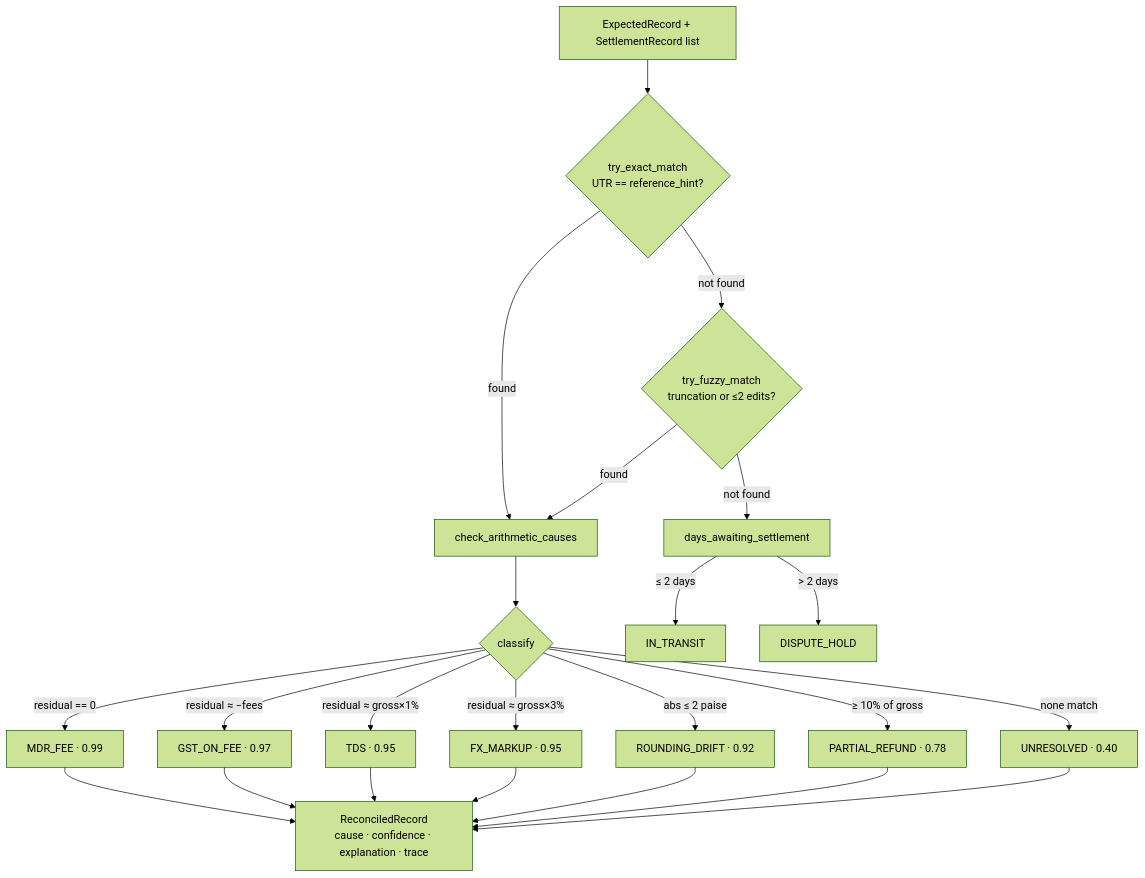
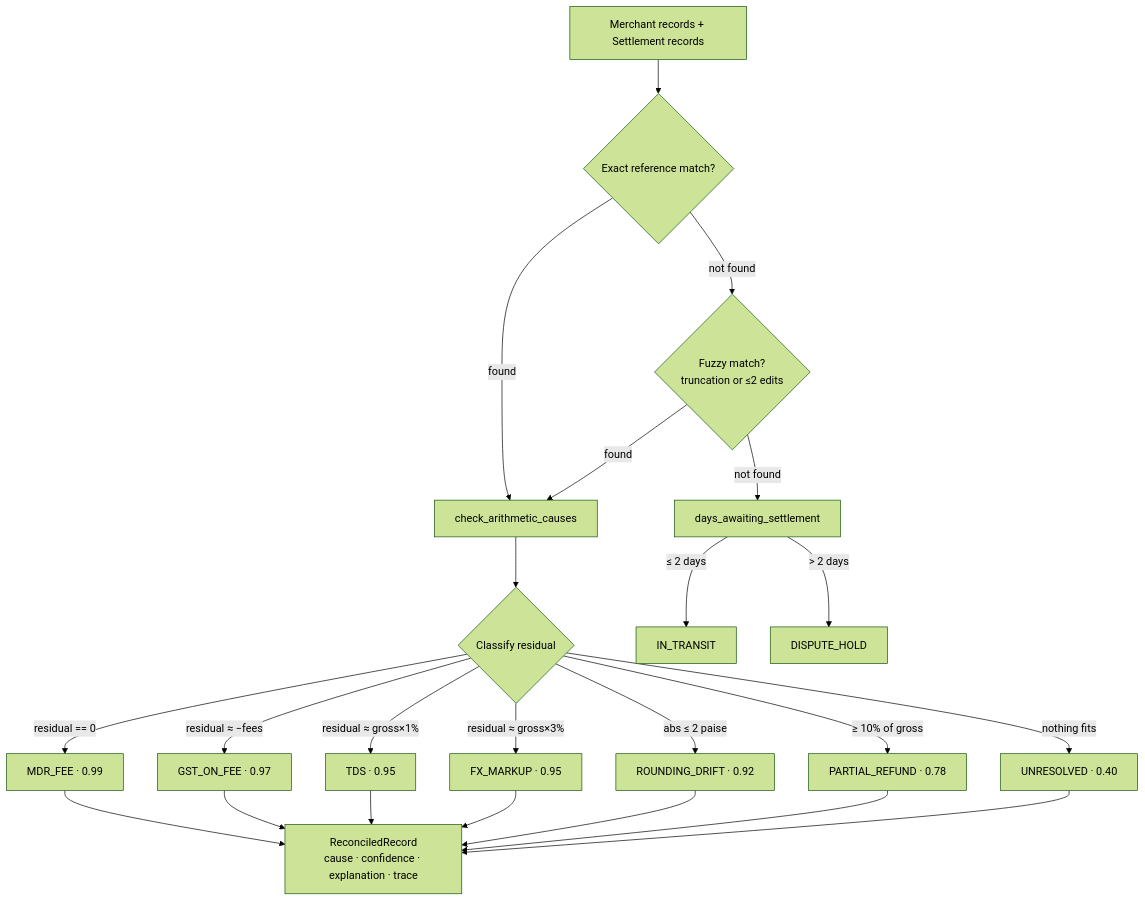
Before and after one commit to RakshithDasari/Residual_theFIN_OPS-agent: the second of 5 diagrams in README.md, drawn with Mermaid (forest theme). The commit also changed other lines of this file, not shown here.

````diff
--- a/README.md
+++ b/README.md
@@ -115,19 +122,19 @@
 ```mermaid
 flowchart TD
-    A[ExpectedRecord + SettlementRecord list] --> B{try_exact_match\nUTR == reference_hint?}
+    A[Merchant records + Settlement records] --> B{Exact reference match?}
     B -->|found| E[check_arithmetic_causes]
-    B -->|not found| C{try_fuzzy_match\ntruncation or ≤2 edits?}
+    B -->|not found| C{Fuzzy match?\ntruncation or ≤2 edits}
     C -->|found| E
     C -->|not found| D[days_awaiting_settlement]
     D -->|≤ 2 days| D1[IN_TRANSIT]
     D -->|> 2 days| D2[DISPUTE_HOLD]
-    E --> F{classify}
+    E --> F{Classify residual}
     F -->|residual == 0| G1[MDR_FEE · 0.99]
     F -->|residual ≈ −fees| G2[GST_ON_FEE · 0.97]
     F -->|residual ≈ gross×1%| G3[TDS · 0.95]
     F -->|residual ≈ gross×3%| G4[FX_MARKUP · 0.95]
     F -->|abs ≤ 2 paise| G5[ROUNDING_DRIFT · 0.92]
     F -->|≥ 10% of gross| G6[PARTIAL_REFUND · 0.78]
-    F -->|none match| G7[UNRESOLVED · 0.40]
+    F -->|nothing fits| G7[UNRESOLVED · 0.40]
     G1 & G2 & G3 & G4 & G5 & G6 & G7 --> H[ReconciledRecord\ncause · confidence · explanation · trace]
 ```
````
